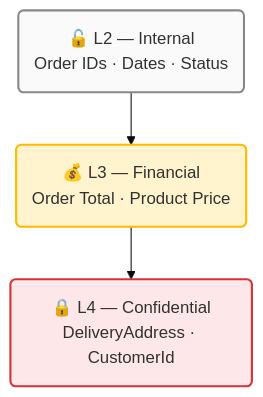
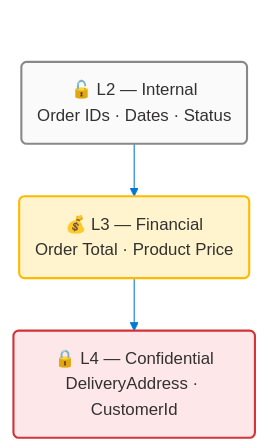
Before and after one commit to Evilazaro/Azure-LogicApps-Monitoring: the third of 7 diagrams in docs/architecture/data-architecture.md, drawn with Mermaid. The commit also changed other lines of this file, not shown here.

Commit message:
Enhance Mermaid diagrams with improved titles, styling, and curve settings for better clarity and consistency

````diff
--- a/docs/architecture/data-architecture.md
+++ b/docs/architecture/data-architecture.md
@@ -337,37 +349,43 @@
 ```mermaid
 ---
+title: Data Classification Taxonomy
 config:
   theme: base
   look: classic
   layout: dagre
   themeVariables:
     fontSize: '16px'
+    primaryColor: '#0078D4'
+    primaryBorderColor: '#106EBE'
+    primaryTextColor: '#FFFFFF'
+    lineColor: '#0078D4'
   flowchart:
     htmlLabels: true
+    curve: cardinal
 ---
 flowchart TB
     accTitle: Data Classification Taxonomy
     accDescr: Shows the four-level data classification taxonomy applied in the eShop Orders domain from Internal to Confidential
 
     %% ═══════════════════════════════════════════════════════════════════════════
     %% AZURE / FLUENT ARCHITECTURE PATTERN v1.1
     %% (Semantic + Structural + Font + Accessibility Governance)
     %% ═══════════════════════════════════════════════════════════════════════════
     %% PHASE 1 - FLUENT UI: All styling uses approved Fluent UI palette only
     %% PHASE 2 - GROUPS: Every subgraph has semantic color via style directive
     %% PHASE 3 - COMPONENTS: Every node has semantic classDef + icon prefix
     %% PHASE 4 - ACCESSIBILITY: accTitle/accDescr present, WCAG AA contrast
     %% PHASE 5 - STANDARD: Governance block present, classDefs centralized
     %% ═══════════════════════════════════════════════════════════════════════════
 
     L2("🔓 L2 — Internal\nOrder IDs · Dates · Status"):::neutral
     L3("💰 L3 — Financial\nOrder Total · Product Price"):::warning
     L4("🔒 L4 — Confidential\nDeliveryAddress · CustomerId"):::danger
 
     L2 --> L3
     L3 --> L4
 
     classDef neutral fill:#FAFAFA,stroke:#8A8886,stroke-width:2px,color:#323130
     classDef warning fill:#FFF4CE,stroke:#FFB900,stroke-width:2px,color:#323130
     classDef danger fill:#FDE7E9,stroke:#D13438,stroke-width:2px,color:#323130
 ```
````
